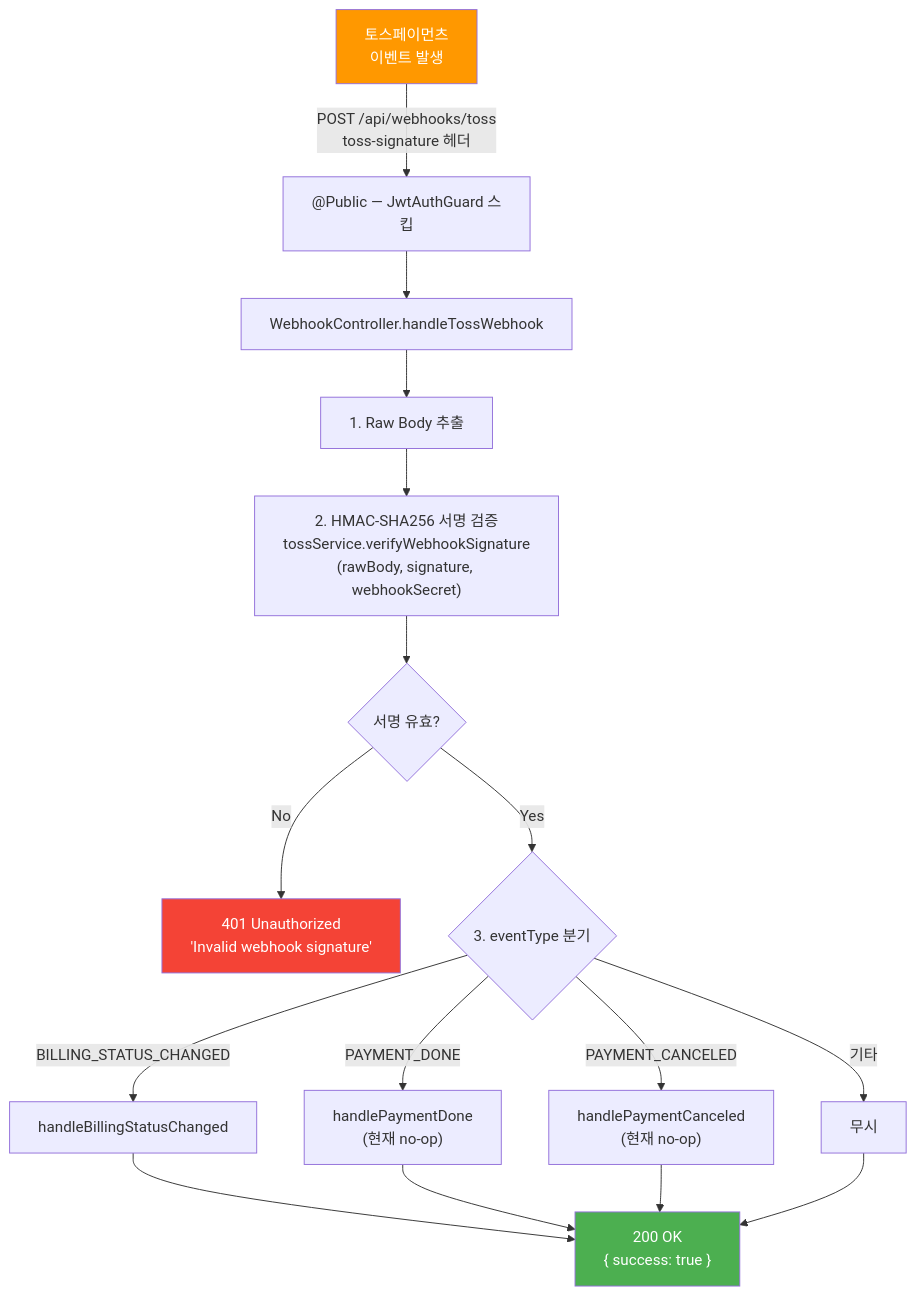
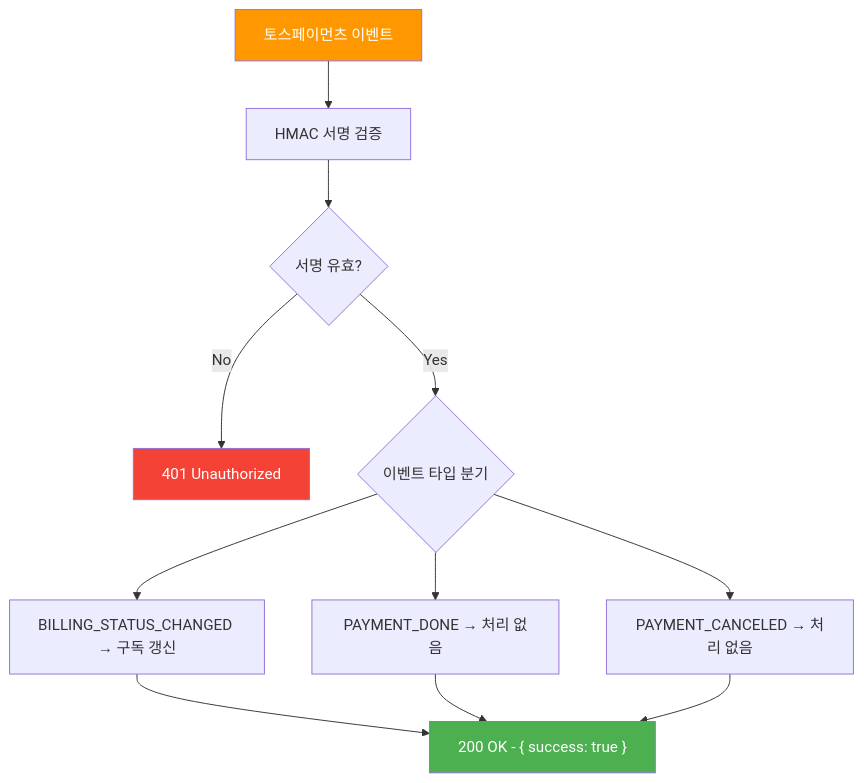
Before and after one commit to youngkim90/ddukddak-api: the first of 4 diagrams in docs/api/webhook-api.md, drawn with Mermaid. The commit also changed other lines of this file and 5 other files, not shown here.

First line of the commit message:
docs: simplify flowcharts with dual API/code flow structure

````diff
--- a/docs/api/webhook-api.md
+++ b/docs/api/webhook-api.md
@@ -21,22 +21,17 @@
 ```mermaid
 flowchart TD
-    A["토스페이먼츠<br/>이벤트 발생"] -->|"POST /api/webhooks/toss<br/>toss-signature 헤더"| B["@Public — JwtAuthGuard 스킵"]
-    B --> C[WebhookController.handleTossWebhook]
-    C --> D["1. Raw Body 추출"]
-    D --> E["2. HMAC-SHA256 서명 검증<br/>tossService.verifyWebhookSignature<br/>(rawBody, signature, webhookSecret)"]
-    E --> F{서명 유효?}
-    F -- No --> G["401 Unauthorized<br/>'Invalid webhook signature'"]
-    F -- Yes --> H{"3. eventType 분기"}
-    H -->|BILLING_STATUS_CHANGED| I[handleBillingStatusChanged]
-    H -->|PAYMENT_DONE| J["handlePaymentDone<br/>(현재 no-op)"]
-    H -->|PAYMENT_CANCELED| K["handlePaymentCanceled<br/>(현재 no-op)"]
-    H -->|기타| L[무시]
-    I --> M["200 OK<br/>{ success: true }"]
-    J --> M
-    K --> M
-    L --> M
+    A[토스페이먼츠 이벤트] --> B[HMAC 서명 검증]
+    B --> C{서명 유효?}
+    C -- No --> D[401 Unauthorized]
+    C -- Yes --> E{이벤트 타입 분기}
+    E --> F[BILLING_STATUS_CHANGED → 구독 갱신]
+    E --> G[PAYMENT_DONE → 처리 없음]
+    E --> H[PAYMENT_CANCELED → 처리 없음]
+    F --> I["200 OK - { success: true }"]
+    G --> I
+    H --> I
 
     style A fill:#ff9800,color:#fff
-    style G fill:#f44336,color:#fff
-    style M fill:#4caf50,color:#fff
+    style D fill:#f44336,color:#fff
+    style I fill:#4caf50,color:#fff
 ```
````
